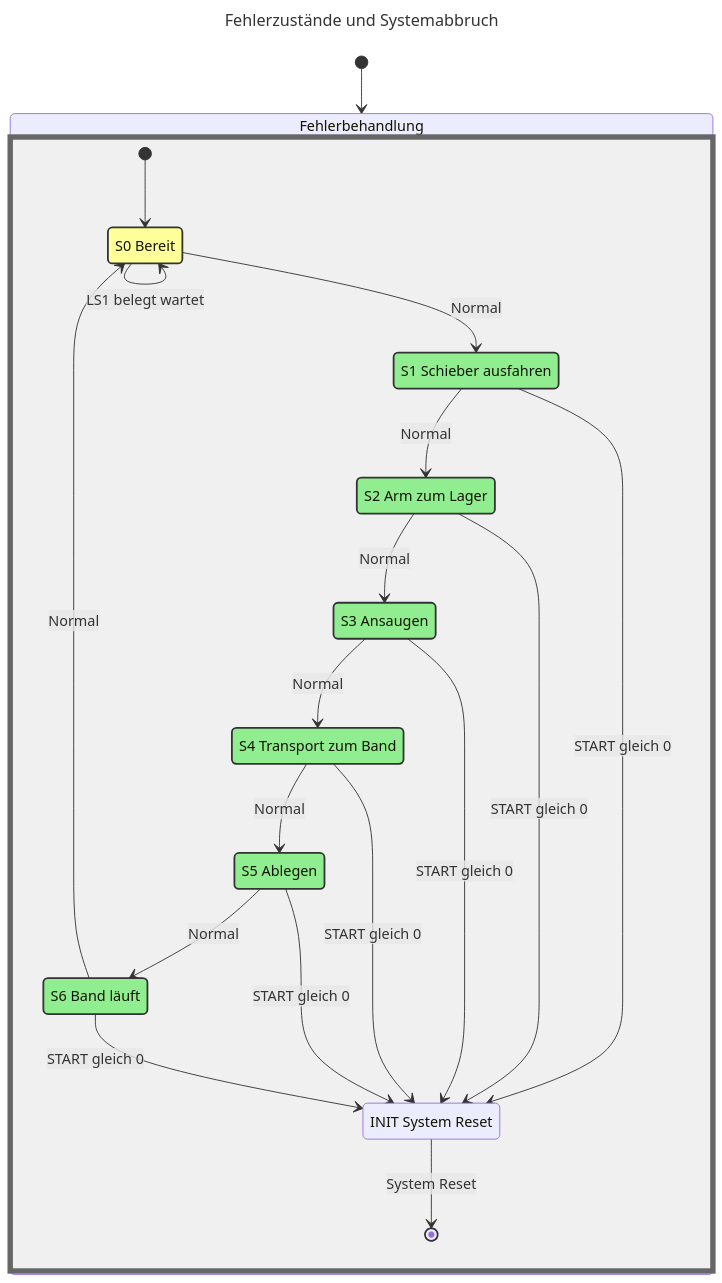
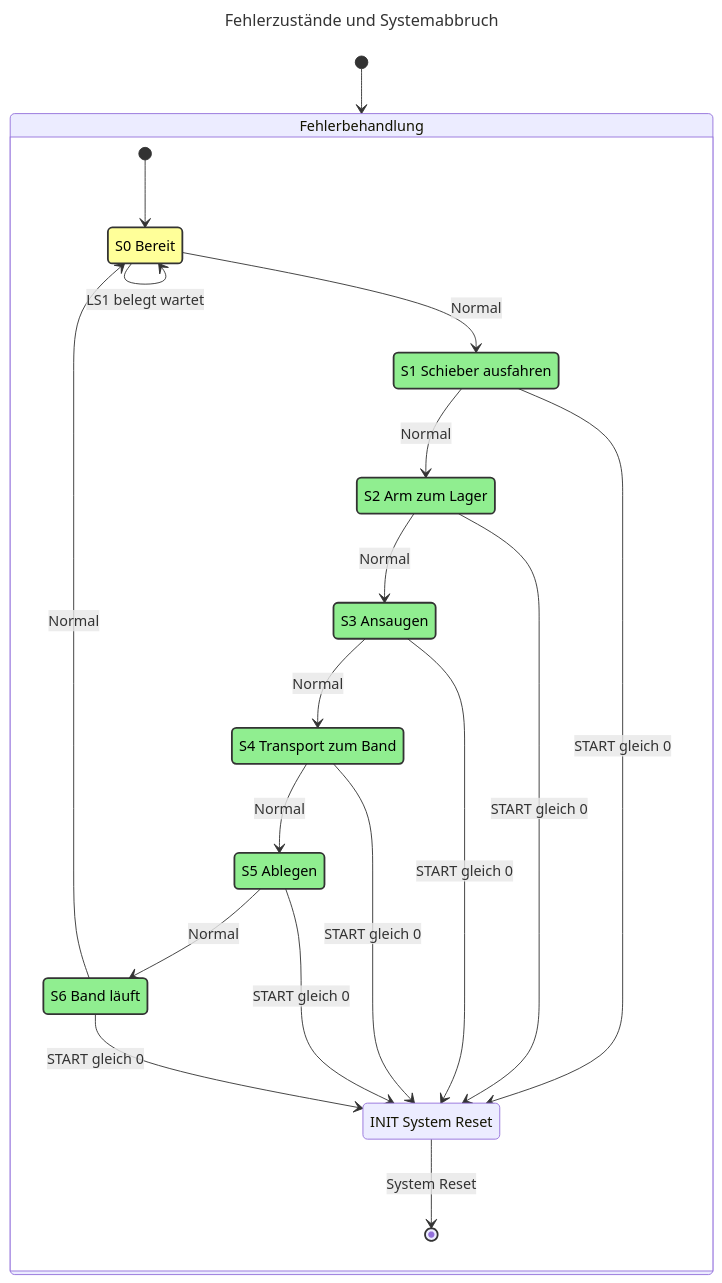
One commit to goldjunge91/ATP_Labor2 changed the eighth of 9 diagrams in Petrinetz_Grafiken.md. Above: the diagram before and after it, drawn with Mermaid. The commit also changed other lines of this file, not shown here.

Commit message:
Farbdefinitionen in Petrinetz-Diagrammen für bessere Lesbarkeit und Konsistenz

````diff
--- a/Petrinetz_Grafiken.md
+++ b/Petrinetz_Grafiken.md
@@ -290,52 +288,52 @@
 ```mermaid
 ---
 title: Fehlerzustände und Systemabbruch
 ---
 stateDiagram-v2
     direction TB
     
-    classDef normalState fill:#90EE90,stroke:#333,stroke-width:2px
-    classDef errorState fill:#FF6B6B,stroke:#333,stroke-width:2px
-    classDef waitState fill:#FFFF99,stroke:#333,stroke-width:2px
-    classDef backgroundBox fill:#F0F0F0,stroke:#666,stroke-width:6px
+    classDef normalState fill:#90EE90,stroke:#333,stroke-width:2px, color:#000000
+    classDef errorState fill:#FF6B6B,stroke:#333,stroke-width:2px, color:#000000
+    classDef waitState fill:#FFFF99,stroke:#333,stroke-width:2px, color:#000000
+    %% classDef backgroundBox fill:#F0F0F0,stroke:#666,stroke-width:6px
     
     [*] --> Fehlerbehandlung
     
     state Fehlerbehandlung {
         [*] --> S0
         S0: S0 Bereit
         S1: S1 Schieber ausfahren
         S2: S2 Arm zum Lager
         S3: S3 Ansaugen
         S4: S4 Transport zum Band
         S5: S5 Ablegen
         S6: S6 Band läuft
         INIT: INIT System Reset
         
         %% Normale Ausführung
         S0 --> S1 : Normal
         S1 --> S2 : Normal
         S2 --> S3 : Normal
         S3 --> S4 : Normal
         S4 --> S5 : Normal
         S5 --> S6 : Normal
         S6 --> S0 : Normal
         
         %% Wartezustände
         S0 --> S0 : Lager leer wartet
         S0 --> S0 : LS1 belegt wartet
         
         %% START gleich 0 Abbruch
         S1 --> INIT : START gleich 0
         S2 --> INIT : START gleich 0
         S3 --> INIT : START gleich 0
         S4 --> INIT : START gleich 0
         S5 --> INIT : START gleich 0
         S6 --> INIT : START gleich 0
         INIT --> [*] : System Reset
     }
     
     class S1,S2,S3,S4,S5,S6 normalState
     class S0 waitState
     class Fehlerbehandlung backgroundBox
 ```
````
